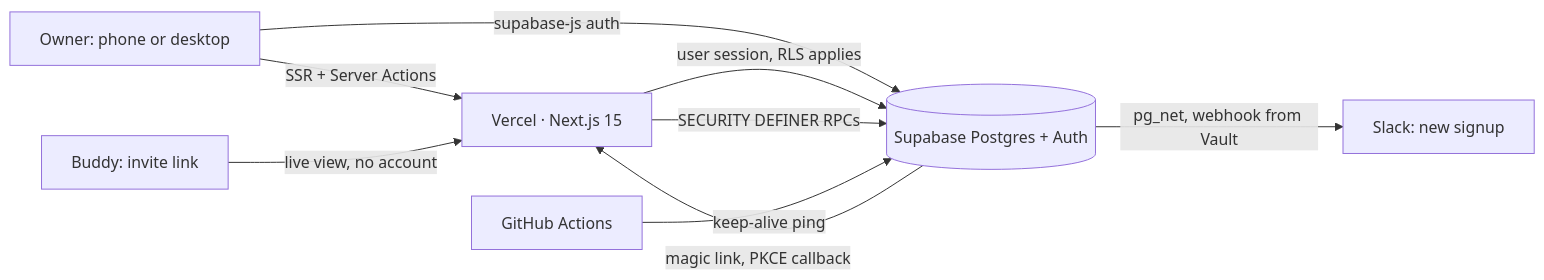
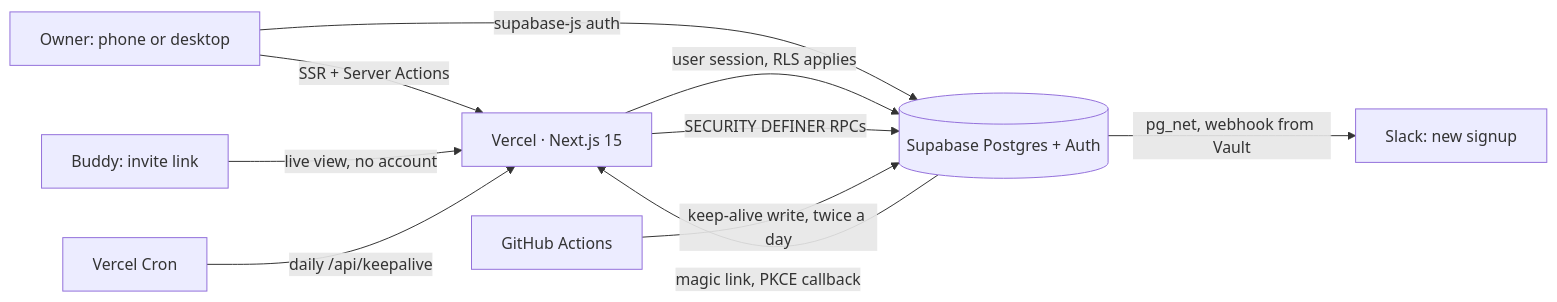
One commit to andriuskleinas/habitual changed the diagram in README.md. Above: the diagram before and after it, drawn with Mermaid. The commit also changed other lines of this file and 27 other files, not shown here.

First line of the commit message:
Keep Supabase awake with a heartbeat write, two schedulers, and self-restore (#3)

````diff
--- a/README.md
+++ b/README.md
@@ -64,11 +64,12 @@
 ```mermaid
 flowchart LR
   O[Owner: phone or desktop] -->|SSR + Server Actions| V[Vercel · Next.js 15]
   B[Buddy: invite link] -->|live view, no account| V
   O -->|supabase-js auth| S[(Supabase Postgres + Auth)]
   V -->|user session, RLS applies| S
   V -->|SECURITY DEFINER RPCs| S
   S -->|magic link, PKCE callback| V
   S -->|pg_net, webhook from Vault| SL[Slack: new signup]
-  GH[GitHub Actions] -->|keep-alive ping| S
+  GH[GitHub Actions] -->|keep-alive write, twice a day| S
+  VC[Vercel Cron] -->|daily /api/keepalive| V
 ```
````
